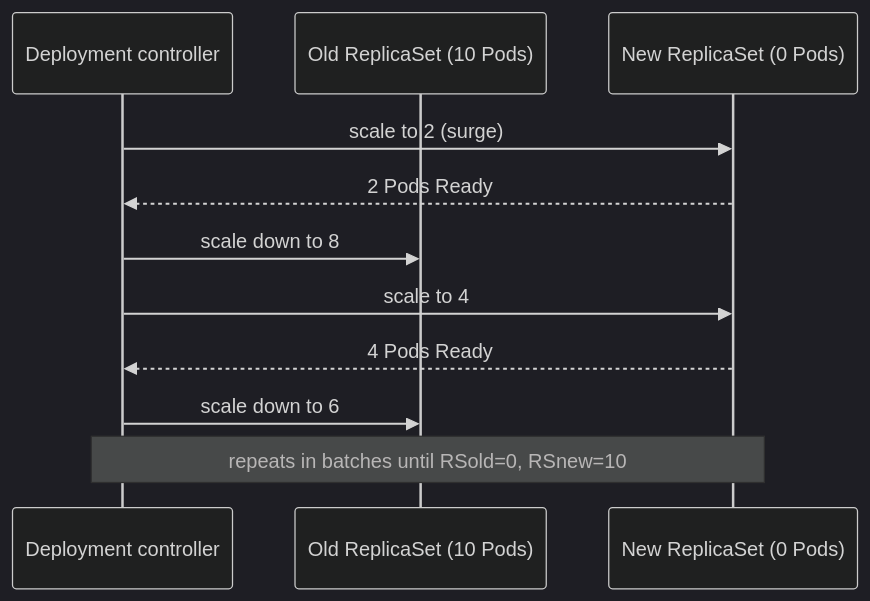
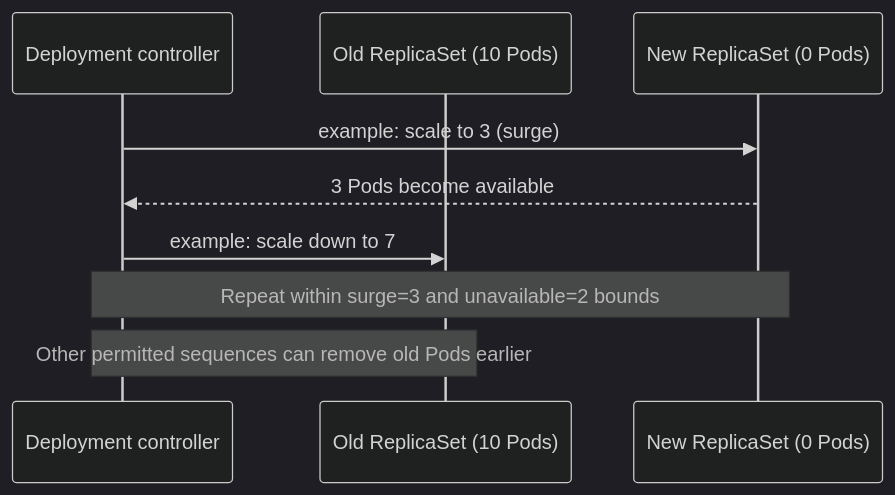
Before and after one commit to Prem-Duvvapu/cs-fundamentals-with-ui: the second of 4 diagrams in content/devops/02-kubernetes-fundamentals.md, drawn with Mermaid (dark theme). The commit also changed other lines of this file and 51 other files, not shown here.

````diff
--- a/content/devops/02-kubernetes-fundamentals.md
+++ b/content/devops/02-kubernetes-fundamentals.md
@@ -172,13 +172,11 @@
 ```mermaid
 sequenceDiagram
     participant D as Deployment controller
     participant RSold as Old ReplicaSet (10 Pods)
     participant RSnew as New ReplicaSet (0 Pods)
-    D->>RSnew: scale to 2 (surge)
-    RSnew-->>D: 2 Pods Ready
-    D->>RSold: scale down to 8
-    D->>RSnew: scale to 4
-    RSnew-->>D: 4 Pods Ready
-    D->>RSold: scale down to 6
-    Note over D,RSnew: repeats in batches until RSold=0, RSnew=10
+    D->>RSnew: example: scale to 3 (surge)
+    RSnew-->>D: 3 Pods become available
+    D->>RSold: example: scale down to 7
+    Note over D,RSnew: Repeat within surge=3 and unavailable=2 bounds
+    Note over D,RSold: Other permitted sequences can remove old Pods earlier
 ```
````
